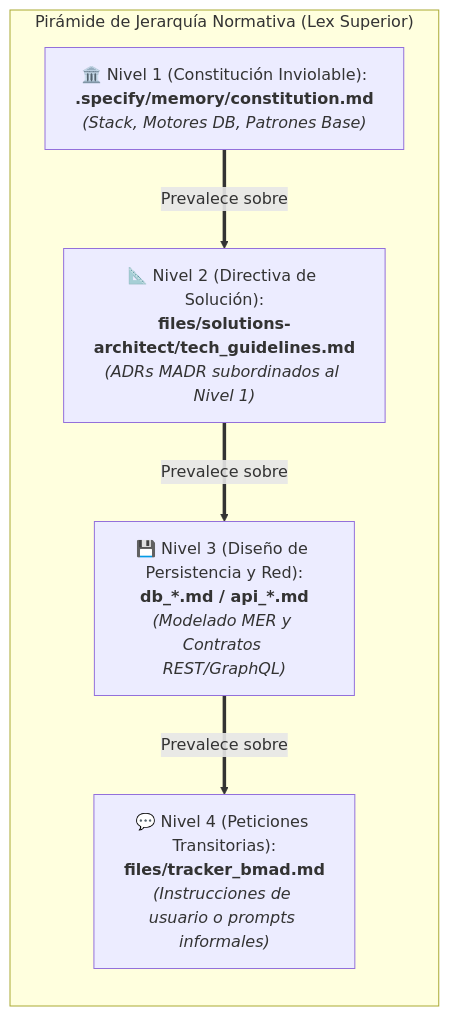
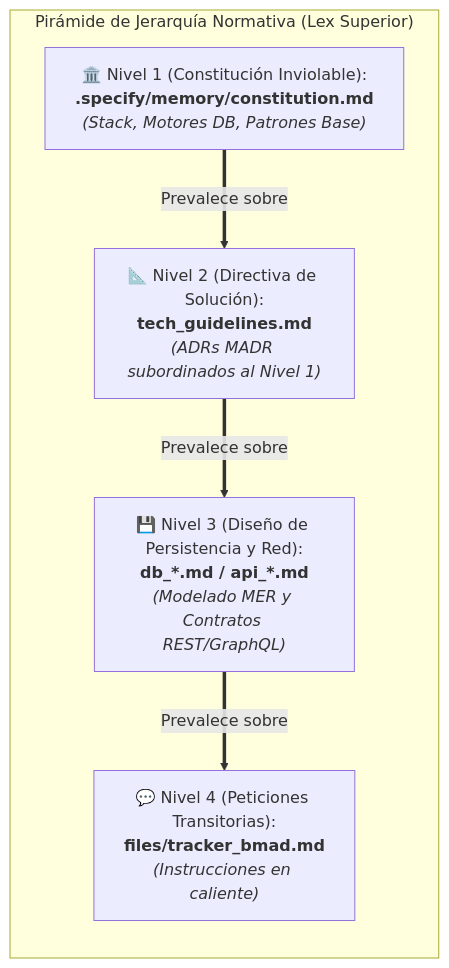
Before and after one commit to pauloravicaceres/template-bmad: the second of 2 diagrams in README.md, drawn with Mermaid. The commit also changed other lines of this file and 17 other files, not shown here.

````diff
--- a/README.md
+++ b/README.md
@@ -274,14 +113,14 @@
 ```mermaid
 flowchart TD
     subgraph JerarquiaNormativa ["Pirámide de Jerarquía Normativa (Lex Superior)"]
         direction TB
         L1["🏛️ Nivel 1 (Constitución Inviolable):<br><b>.specify/memory/constitution.md</b><br><i>(Stack, Motores DB, Patrones Base)</i>"]
-        L2["📐 Nivel 2 (Directiva de Solución):<br><b>files/solutions-architect/tech_guidelines.md</b><br><i>(ADRs MADR subordinados al Nivel 1)</i>"]
+        L2["📐 Nivel 2 (Directiva de Solución):<br><b>tech_guidelines.md</b><br><i>(ADRs MADR subordinados al Nivel 1)</i>"]
         L3["💾 Nivel 3 (Diseño de Persistencia y Red):<br><b>db_*.md / api_*.md</b><br><i>(Modelado MER y Contratos REST/GraphQL)</i>"]
-        L4["💬 Nivel 4 (Peticiones Transitorias):<br><b>files/tracker_bmad.md</b><br><i>(Instrucciones de usuario o prompts informales)</i>"]
+        L4["💬 Nivel 4 (Peticiones Transitorias):<br><b>files/tracker_bmad.md</b><br><i>(Instrucciones en caliente)</i>"]
     end
     
     L1 ==>|Prevalece sobre| L2
     L2 ==>|Prevalece sobre| L3
     L3 ==>|Prevalece sobre| L4
 ```
````
